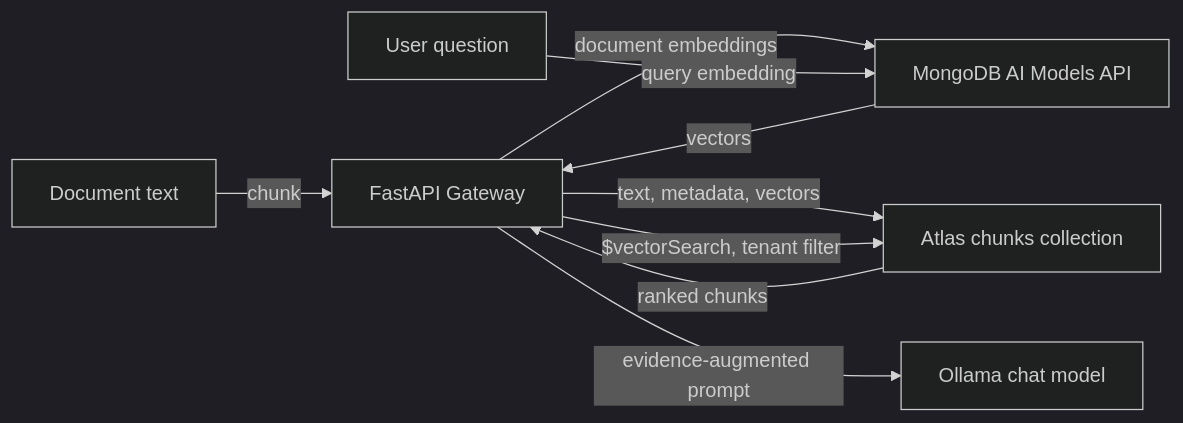
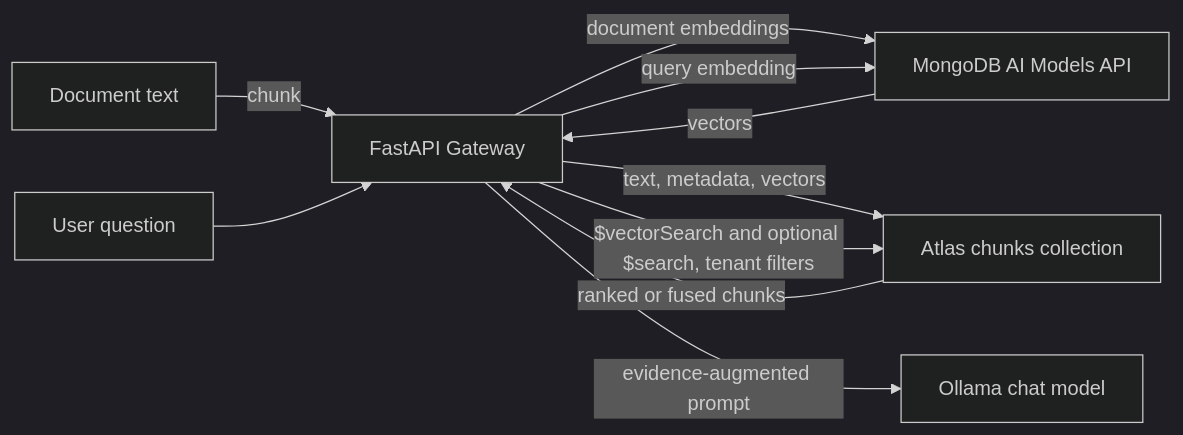
Before and after one commit to vthinsel/RAG_Gateway: the diagram in docs/atlas-data-flow.md, drawn with Mermaid (dark theme). The commit also changed other lines of this file and 16 other files, not shown here.

````diff
--- a/docs/atlas-data-flow.md
+++ b/docs/atlas-data-flow.md
@@ -9,11 +9,12 @@
 ```mermaid
 flowchart LR
     Source[Document text] -->|chunk| Gateway[FastAPI Gateway]
     Gateway -->|document embeddings| AI[MongoDB AI Models API]
     AI -->|vectors| Gateway
     Gateway -->|text, metadata, vectors| Collection[Atlas chunks collection]
-    Question[User question] -->|query embedding| AI
-    Gateway -->|$vectorSearch, tenant filter| Collection
-    Collection -->|ranked chunks| Gateway
+    Question[User question] --> Gateway
+    Gateway -->|query embedding| AI[MongoDB AI Models API]
+    Gateway -->|$vectorSearch and optional $search, tenant filters| Collection
+    Collection -->|ranked or fused chunks| Gateway
     Gateway -->|evidence-augmented prompt| Ollama[Ollama chat model]
 ```
````
